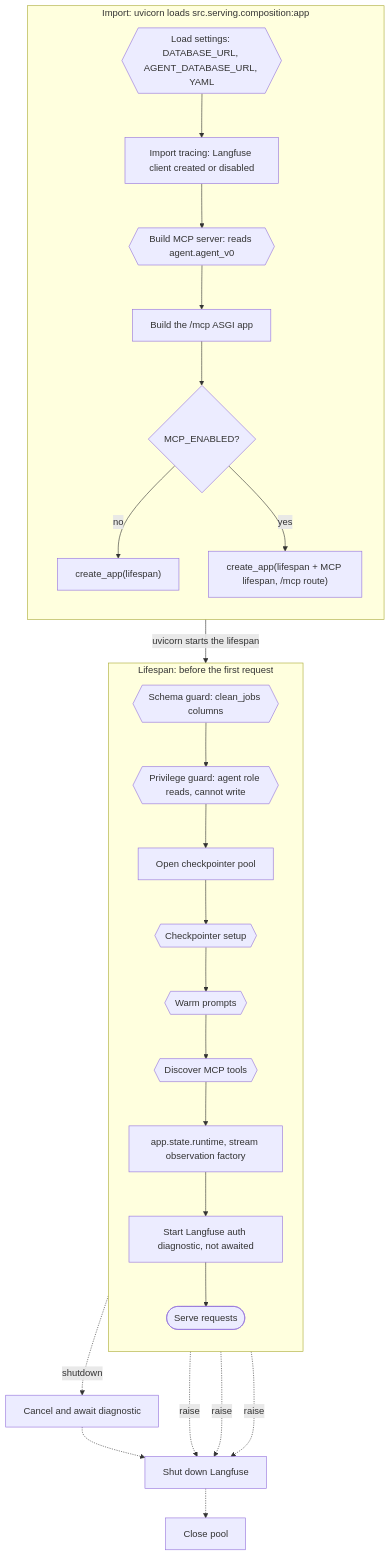
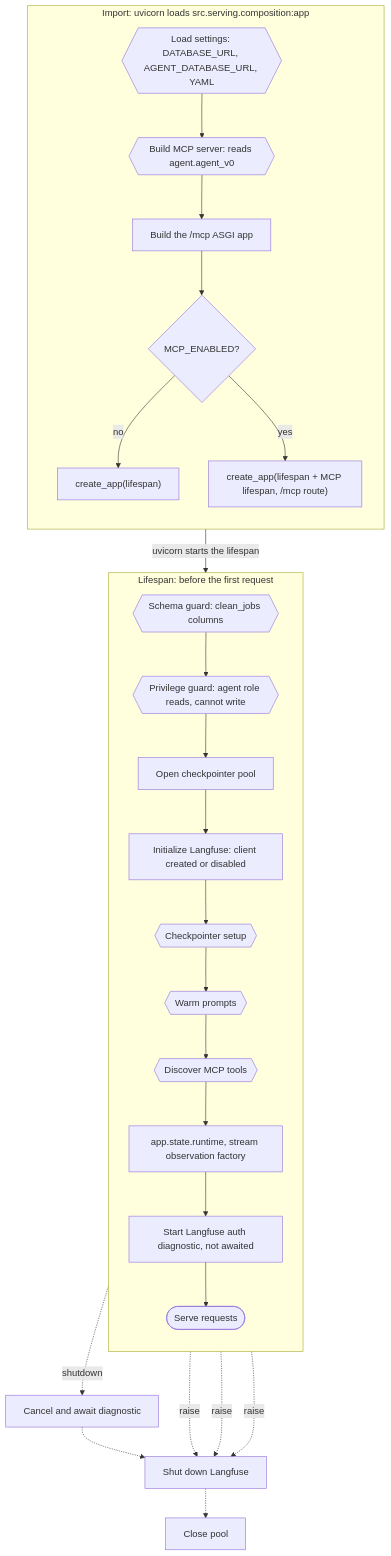
Before and after one commit to Park-Hip/InternHunterAgent: the diagram in docs/modules/composition.md, drawn with Mermaid. The commit also changed other lines of this file and 5 other files, not shown here.

First line of the commit message:
fix(tracing): create the Langfuse client in the composition lifespan, not at import

````diff
--- a/docs/modules/composition.md
+++ b/docs/modules/composition.md
@@ -52,29 +54,29 @@
 ```mermaid
 flowchart TD
     subgraph IMPORT["Import: uvicorn loads src.serving.composition:app"]
         direction TB
-        I0{{"Load settings: DATABASE_URL, AGENT_DATABASE_URL, YAML"}} --> I1["Import tracing: Langfuse client created or disabled"]
-        I1 --> I2{{"Build MCP server: reads agent.agent_v0"}}
+        I0{{"Load settings: DATABASE_URL, AGENT_DATABASE_URL, YAML"}} --> I2{{"Build MCP server: reads agent.agent_v0"}}
         I2 --> I3["Build the /mcp ASGI app"]
         I3 --> I4{"MCP_ENABLED?"}
         I4 -->|no| A1["create_app(lifespan)"]
         I4 -->|yes| A2["create_app(lifespan + MCP lifespan, /mcp route)"]
     end
     subgraph LIFESPAN["Lifespan: before the first request"]
         direction TB
         L2{{"Schema guard: clean_jobs columns"}}
         L2 --> L3{{"Privilege guard: agent role reads, cannot write"}}
         L3 --> L4["Open checkpointer pool"]
-        L4 --> L5{{"Checkpointer setup"}}
+        L4 --> L4B["Initialize Langfuse: client created or disabled"]
+        L4B --> L5{{"Checkpointer setup"}}
         L5 --> L6{{"Warm prompts"}}
         L6 --> L7{{"Discover MCP tools"}}
         L7 --> L8["app.state.runtime, stream observation factory"]
         L8 --> L9["Start Langfuse auth diagnostic, not awaited"]
         L9 --> SERVE(["Serve requests"])
     end
     IMPORT -->|"uvicorn starts the lifespan"| LIFESPAN
     SERVE -.->|shutdown| T1["Cancel and await diagnostic"]
     T1 -.-> T2["Shut down Langfuse"]
     T2 -.-> T3["Close pool"]
     L5 & L6 & L7 -.->|raise| T2
 ```
````
